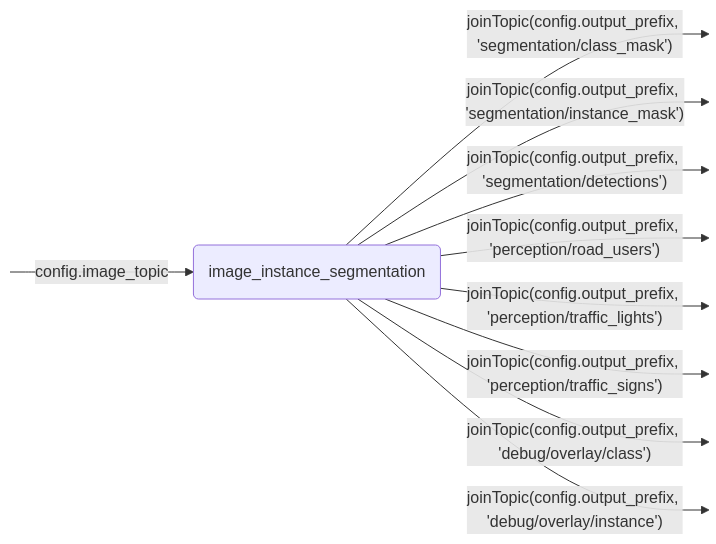
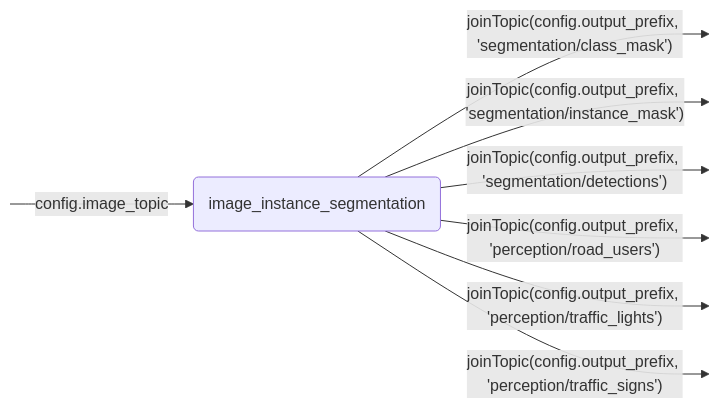
Before and after one commit to openads-project/image_instance_segmentation: the diagram in image_instance_segmentation/README.md, drawn with Mermaid. The commit also changed other lines of this file and 13 other files, not shown here.

Commit message:
Refactor perception output handling: remove overlay topics, add image-only object lists for road users, traffic lights, and traffic signs; update documentation and launch configurations accordingly.

````diff
--- a/image_instance_segmentation/README.md
+++ b/image_instance_segmentation/README.md
@@ -13,14 +13,12 @@
 ```mermaid
 flowchart LR
     NODE("image_instance_segmentation")
     S0:::hidden -->|config.image_topic| NODE
     NODE -->|"joinTopic(config.output_prefix, 'segmentation/class_mask')"| P0:::hidden
     NODE -->|"joinTopic(config.output_prefix, 'segmentation/instance_mask')"| P1:::hidden
     NODE -->|"joinTopic(config.output_prefix, 'segmentation/detections')"| P2:::hidden
     NODE -->|"joinTopic(config.output_prefix, 'perception/road_users')"| P3:::hidden
     NODE -->|"joinTopic(config.output_prefix, 'perception/traffic_lights')"| P4:::hidden
     NODE -->|"joinTopic(config.output_prefix, 'perception/traffic_signs')"| P5:::hidden
-    NODE -->|"joinTopic(config.output_prefix, 'debug/overlay/class')"| P6:::hidden
-    NODE -->|"joinTopic(config.output_prefix, 'debug/overlay/instance')"| P7:::hidden
     classDef hidden display: none;
 ```
````
